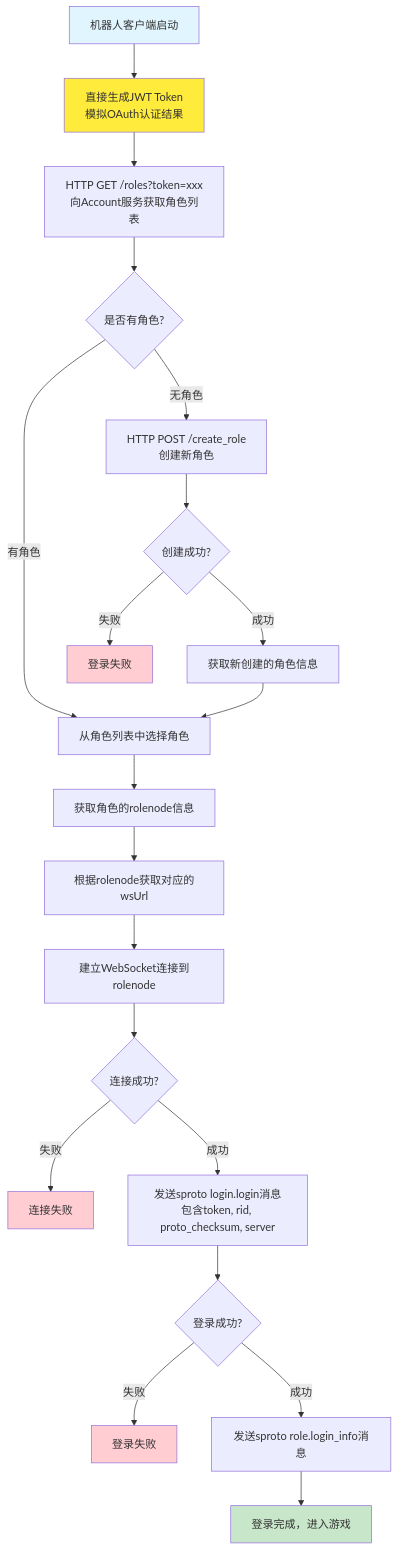
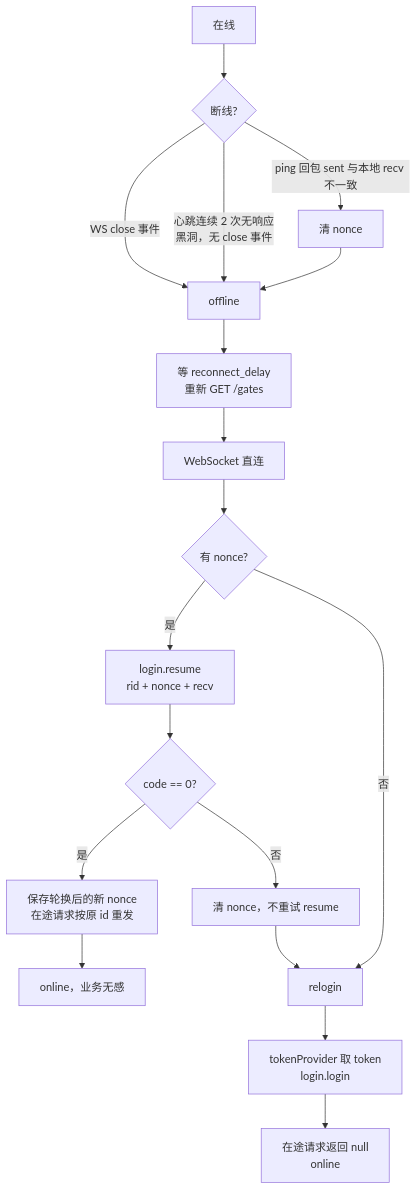
One commit to hanxi/phaser-game changed the second of 5 diagrams in login_flow_diagram.md. Above: the diagram before and after it, drawn with Mermaid. The commit also changed other lines of this file and 14 other files, not shown here.

````diff
--- a/login_flow_diagram.md
+++ b/login_flow_diagram.md
@@ -64,36 +46,19 @@
 ```mermaid
 flowchart TD
-    A1[机器人客户端启动] --> B1[直接生成JWT Token<br/>模拟OAuth认证结果]
-    B1 --> C1[HTTP GET /roles?token=xxx<br/>向Account服务获取角色列表]
-    
-    C1 --> D1{是否有角色?}
-    
-    D1 -->|有角色| E1[从角色列表中选择角色]
-    D1 -->|无角色| F1[HTTP POST /create_role<br/>创建新角色]
-    
-    F1 --> G1{创建成功?}
-    G1 -->|成功| H1[获取新创建的角色信息]
-    G1 -->|失败| I1[登录失败]
-    
-    H1 --> E1
-    E1 --> J1[获取角色的rolenode信息]
-    J1 --> K1[根据rolenode获取对应的wsUrl]
-    K1 --> L1[建立WebSocket连接到rolenode]
-    
-    L1 --> M1{连接成功?}
-    M1 -->|失败| N1[连接失败]
-    M1 -->|成功| O1[发送sproto login.login消息<br/>包含token, rid, proto_checksum, server]
-    
-    O1 --> P1{登录成功?}
-    P1 -->|失败| Q1[登录失败]
-    P1 -->|成功| R1[发送sproto role.login_info消息]
-    
-    R1 --> S1[登录完成，进入游戏]
-    
-    style A1 fill:#e1f5fe
-    style S1 fill:#c8e6c9
-    style I1 fill:#ffcdd2
-    style N1 fill:#ffcdd2
-    style Q1 fill:#ffcdd2
-    style B1 fill:#ffeb3b
+    A[在线] --> B{断线?}
+    B -->|WS close 事件| C[offline]
+    B -->|心跳连续 2 次无响应<br/>黑洞，无 close 事件| C
+    B -->|ping 回包 sent 与本地 recv 不一致| C2[清 nonce] --> C
+    C --> D[等 reconnect_delay<br/>重新 GET /gates]
+    D --> E[WebSocket 直连]
+    E --> F{有 nonce?}
+    F -->|是| G[login.resume<br/>rid + nonce + recv]
+    G --> H{code == 0?}
+    H -->|是| I[保存轮换后的新 nonce<br/>在途请求按原 id 重发]
+    I --> J[online，业务无感]
+    H -->|否| K[清 nonce，不重试 resume]
+    F -->|否| L[relogin]
+    K --> L
+    L --> M[tokenProvider 取 token<br/>login.login]
+    M --> N[在途请求返回 null<br/>online]
 ```
````
